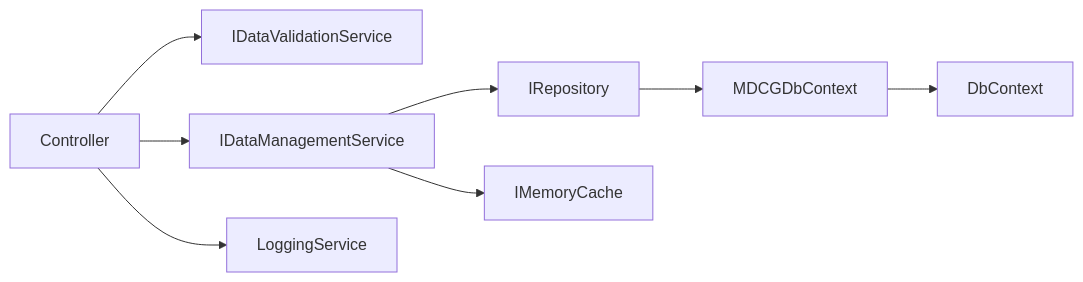
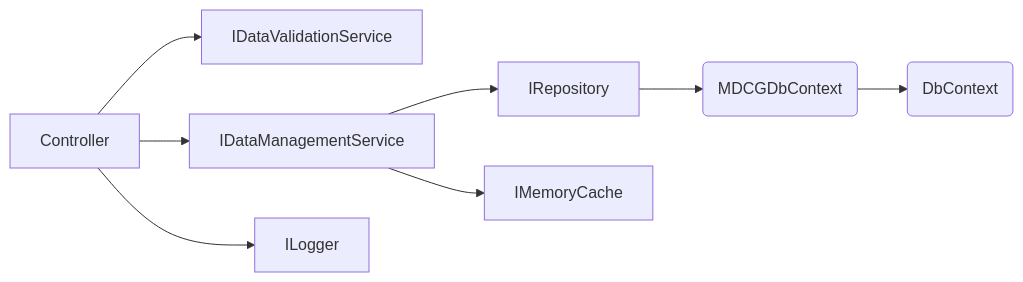
Before and after one commit to Jay-Dee/MDCG: the diagram in README.md, drawn with Mermaid.

````diff
--- a/README.md
+++ b/README.md
@@ -12,10 +12,10 @@
 ```mermaid
 graph LR;
 Controller-->IDataValidationService;
 Controller-->IDataManagementService;
-Controller-->LoggingService;
+Controller-->ILogger;
 IDataManagementService-->IRepository;
 IDataManagementService-->IMemoryCache;
-IRepository-->MDCGDbContext
-MDCGDbContext-->DbContext
+IRepository-->MDCGDbContext(MDCGDbContext)
+MDCGDbContext-->DbContext(DbContext)
 ```
````
